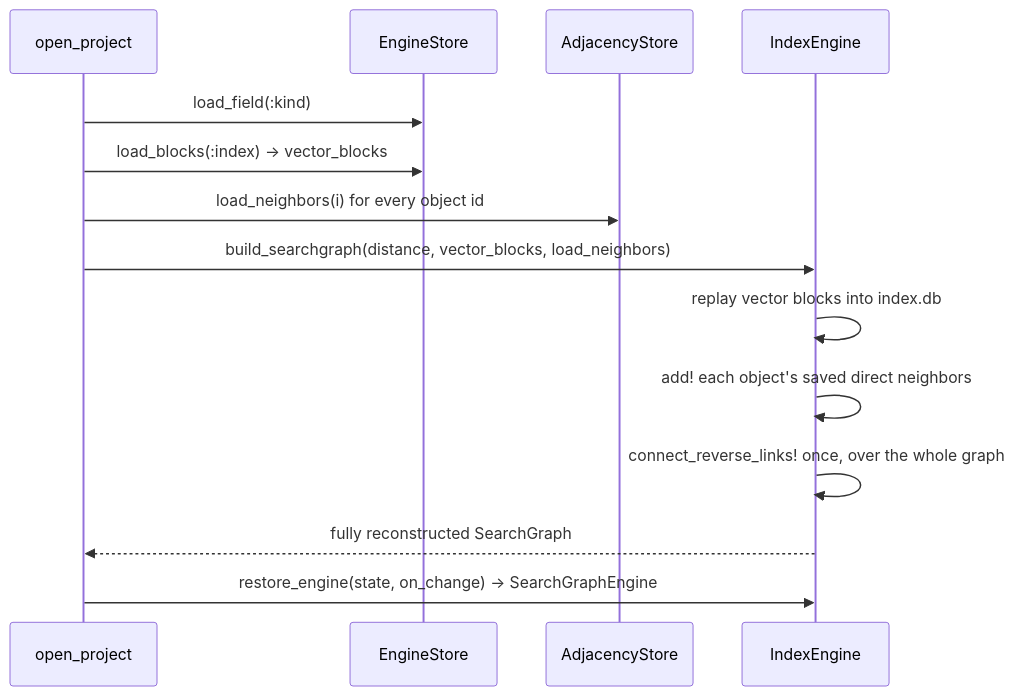
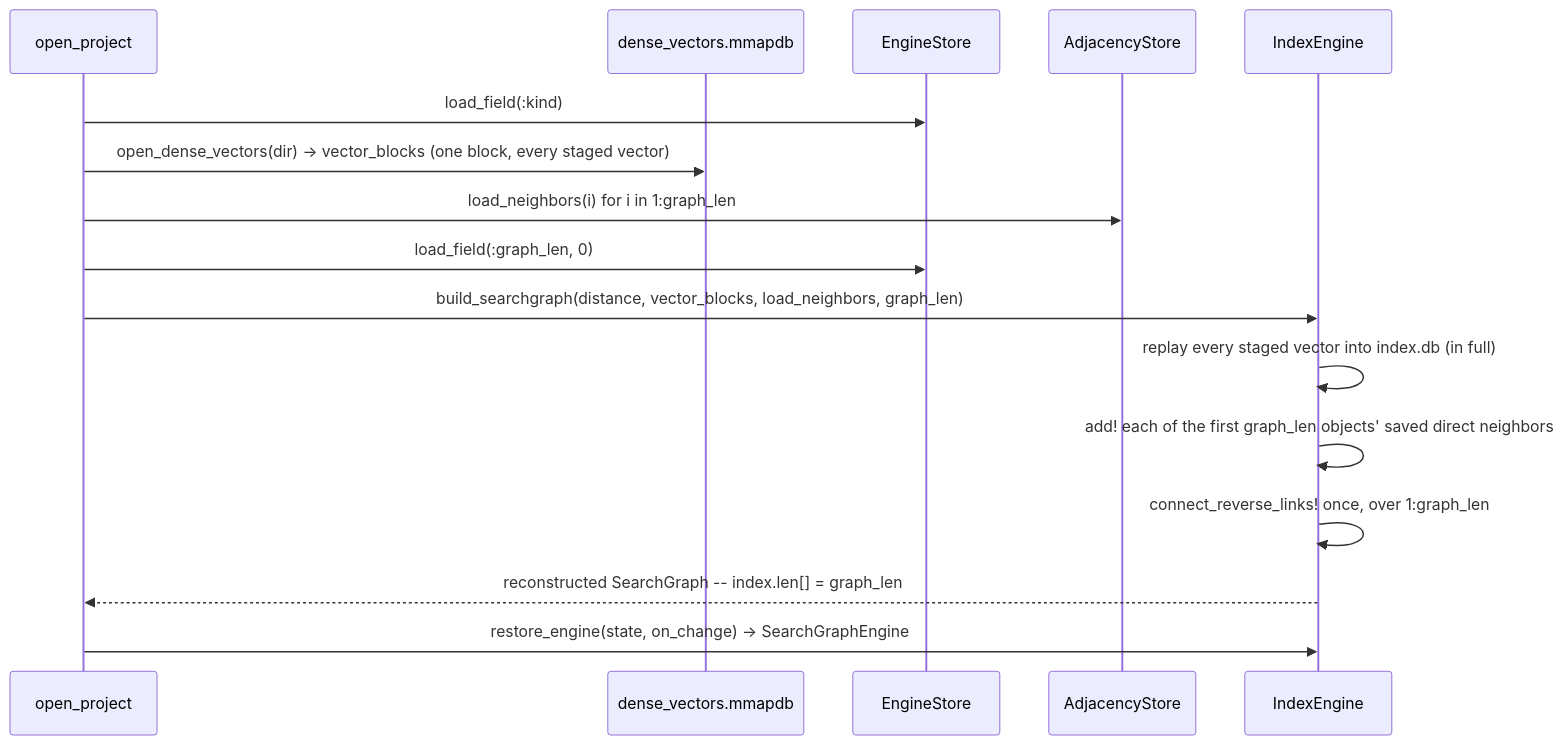
One commit to sadit/SimilaritySearchEngine.jl changed the seventh of 8 diagrams in manual/architecture.qmd. Above: the diagram before and after it, drawn with Mermaid. The commit also changed other lines of this file and 12 other files, not shown here.

````diff
--- a/manual/architecture.qmd
+++ b/manual/architecture.qmd
@@ -276,17 +349,19 @@
 ```{mermaid}
 sequenceDiagram
     participant Caller as open_project
+    participant MM as dense_vectors.mmapdb
     participant ES as EngineStore
     participant AS as AdjacencyStore
     participant IE as IndexEngine
 
     Caller->>ES: load_field(:kind)
-    Caller->>ES: load_blocks(:index) → vector_blocks
-    Caller->>AS: load_neighbors(i) for every object id
-    Caller->>IE: build_searchgraph(distance, vector_blocks, load_neighbors)
-    IE->>IE: replay vector blocks into index.db
-    IE->>IE: add! each object's saved direct neighbors
-    IE->>IE: connect_reverse_links! once, over the whole graph
-    IE-->>Caller: fully reconstructed SearchGraph
+    Caller->>MM: open_dense_vectors(dir) → vector_blocks (one block, every staged vector)
+    Caller->>AS: load_neighbors(i) for i in 1:graph_len
+    Caller->>ES: load_field(:graph_len, 0)
+    Caller->>IE: build_searchgraph(distance, vector_blocks, load_neighbors, graph_len)
+    IE->>IE: replay every staged vector into index.db (in full)
+    IE->>IE: add! each of the first graph_len objects' saved direct neighbors
+    IE->>IE: connect_reverse_links! once, over 1:graph_len
+    IE-->>Caller: reconstructed SearchGraph -- index.len[] = graph_len
     Caller->>IE: restore_engine(state, on_change) → SearchGraphEngine
 ```
````
